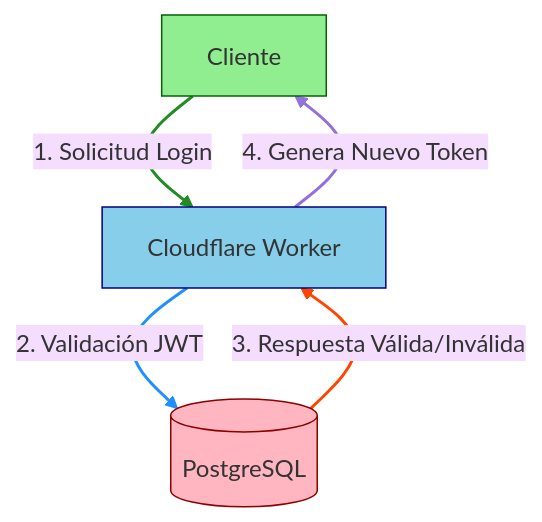
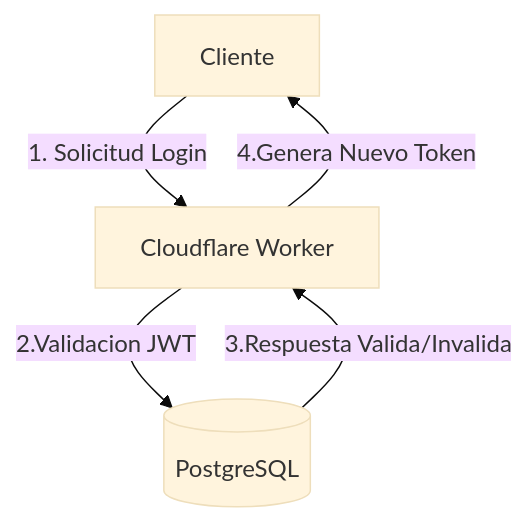
One commit to Lostovayne/Authentication-With-Hono changed the second of 2 diagrams in README.md. Above: the diagram before and after it, drawn with Mermaid (base theme).

````diff
--- a/README.md
+++ b/README.md
@@ -41,16 +41,8 @@
 ```mermaid
 graph TD
     A[Cliente] -->|1. Solicitud Login| B[Cloudflare Worker]
-    B -->|2. Validación JWT| C[(PostgreSQL)]
-    C -->|3. Respuesta Válida/Inválida| B
-    B -->|4. Genera Nuevo Token| A
-    
-    style A fill:#90EE90,stroke:#006400
-    style B fill:#87CEEB,stroke:#000080
-    style C fill:#FFB6C1,stroke:#8B0000
-    linkStyle 0 stroke:#228B22,stroke-width:2px
-    linkStyle 1 stroke:#1E90FF,stroke-width:2px
-    linkStyle 2 stroke:#FF4500,stroke-width:2px
-    linkStyle 3 stroke:#9370DB,stroke-width:2px
-    
+    B -->|2.Validacion JWT| C[(PostgreSQL)]
+    C -->|3.Respuesta Valida/Invalida| B
+    B -->|4.Genera Nuevo Token| A
+
 ``` 
````
